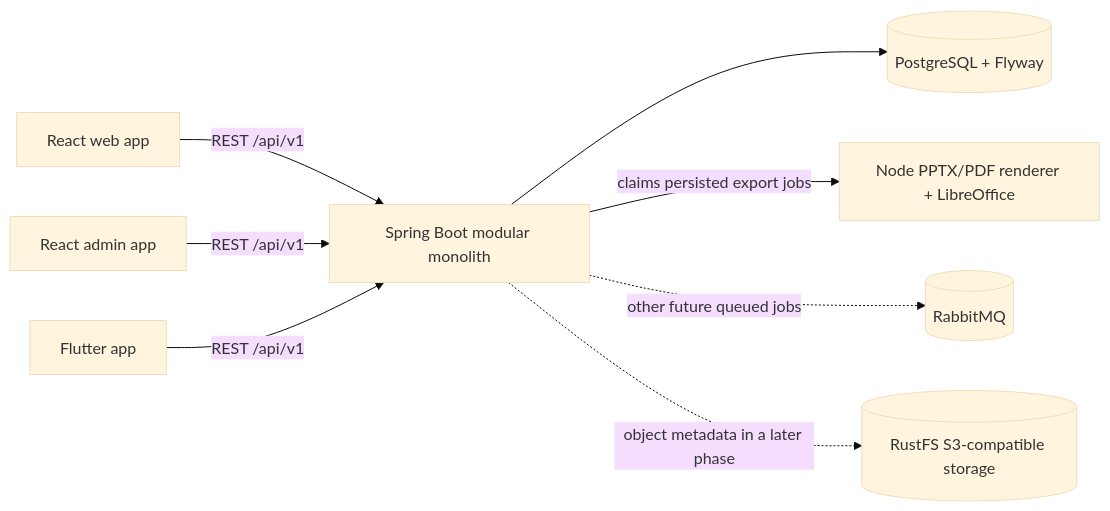
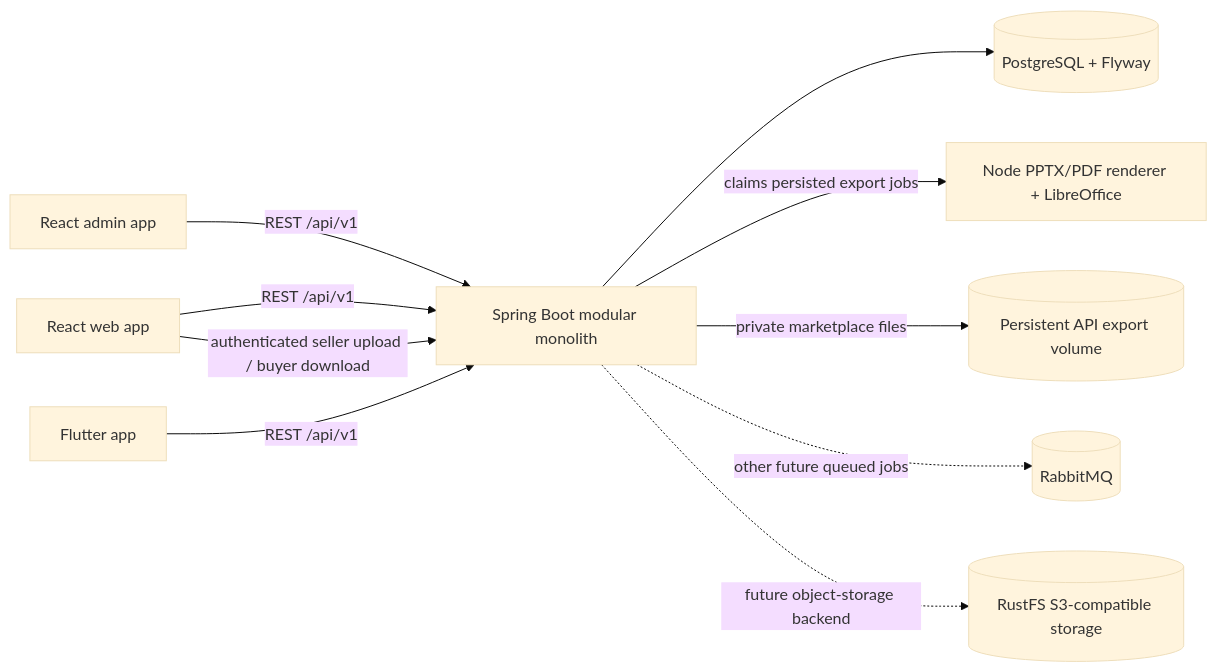
Before and after one commit to encodeschool/SLIDE_APP: the first of 2 diagrams in docs/ARCHITECTURE.md, drawn with Mermaid (base theme). The commit also changed other lines of this file and 31 other files, not shown here.

````diff
--- a/docs/ARCHITECTURE.md
+++ b/docs/ARCHITECTURE.md
@@ -5,10 +5,12 @@
 ```mermaid
 flowchart LR
     Web[React web app] -->|REST /api/v1| API[Spring Boot modular monolith]
     Admin[React admin app] -->|REST /api/v1| API
     Mobile[Flutter app] -->|REST /api/v1| API
     API --> DB[(PostgreSQL + Flyway)]
     API -->|claims persisted export jobs| Renderer[Node PPTX/PDF renderer + LibreOffice]
+    API -->|private marketplace files| Files[(Persistent API export volume)]
+    Web -->|authenticated seller upload / buyer download| API
     API -. other future queued jobs .-> MQ[(RabbitMQ)]
-    API -. object metadata in a later phase .-> S3[(RustFS S3-compatible storage)]
+    API -. future object-storage backend .-> S3[(RustFS S3-compatible storage)]
 ```
````
